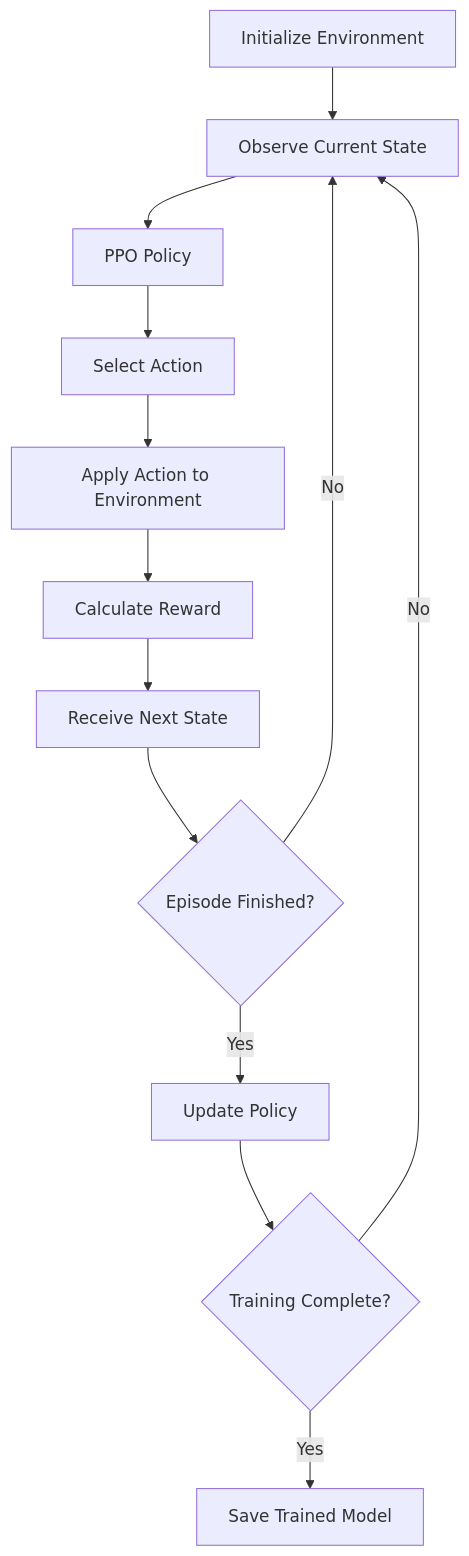
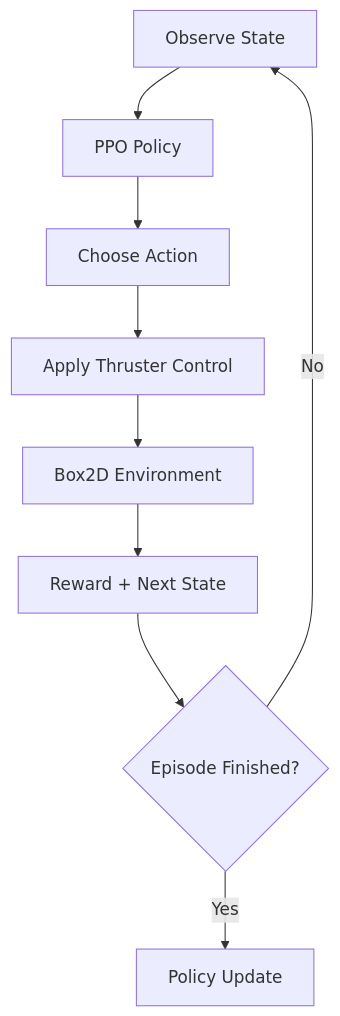
The third of 4 diagrams in README.md (Jayz-yuors/REWO-LANDER), drawn with Mermaid before and after one commit. The commit also changed other lines of this file, not shown here.

````diff
--- a/README.md
+++ b/README.md
@@ -244,15 +108,11 @@
 ```mermaid
 flowchart TD
-    A["Initialize Environment"] --> B["Observe Current State"]
-    B --> C["PPO Policy"]
-    C --> D["Select Action"]
-    D --> E["Apply Action to Environment"]
-    E --> F["Calculate Reward"]
-    F --> G["Receive Next State"]
-    G --> H{"Episode Finished?"}
-    H -->|No| B
-    H -->|Yes| I["Update Policy"]
-    I --> J{"Training Complete?"}
-    J -->|No| B
-    J -->|Yes| K["Save Trained Model"]
+    A["Observe State"] --> B["PPO Policy"]
+    B --> C["Choose Action"]
+    C --> D["Apply Thruster Control"]
+    D --> E["Box2D Environment"]
+    E --> F["Reward + Next State"]
+    F --> G{"Episode Finished?"}
+    G -->|No| A
+    G -->|Yes| H["Policy Update"]
 ```
````
